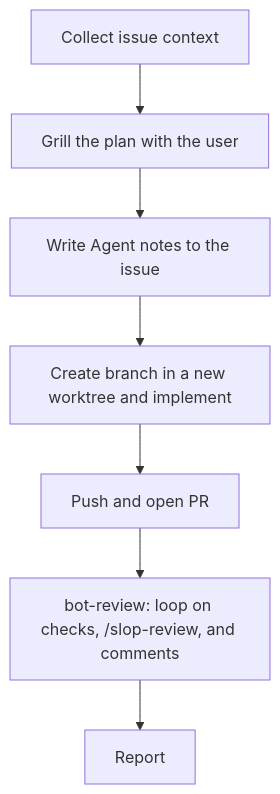
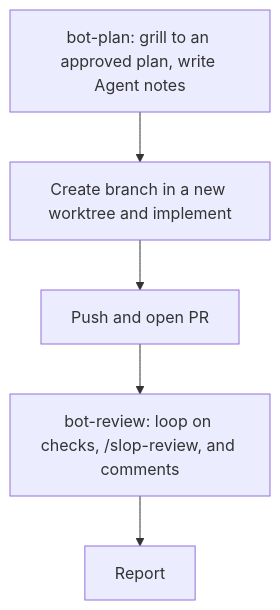
The diagram in skills/bot-implement/README.md (crosleyzack/skills), drawn with Mermaid before and after one commit. The commit also changed other lines of this file and 5 other files, not shown here.

Commit message:
add bot-plan

````diff
--- a/skills/bot-implement/README.md
+++ b/skills/bot-implement/README.md
@@ -16,9 +16,7 @@
 ```mermaid
 flowchart TD
-    A[Collect issue context] --> B[Grill the plan with the user]
-    B --> C[Write Agent notes to the issue]
-    C --> D[Create branch in a new worktree and implement]
+    A[bot-plan: grill to an approved plan, write Agent notes] --> D[Create branch in a new worktree and implement]
     D --> E[Push and open PR]
     E --> V[bot-review: loop on checks, /slop-review, and comments]
     V --> R[Report]
 ```
````
